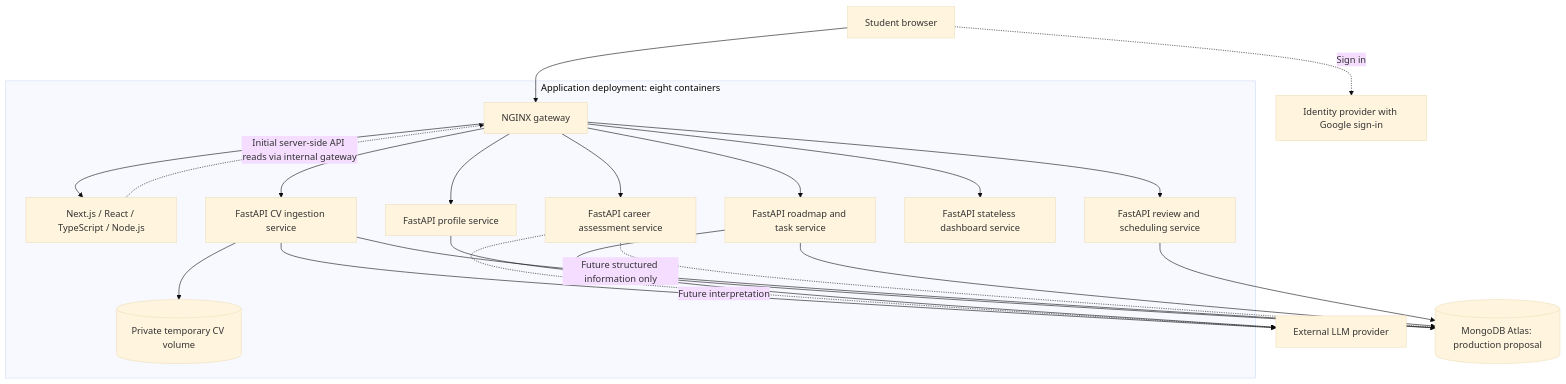
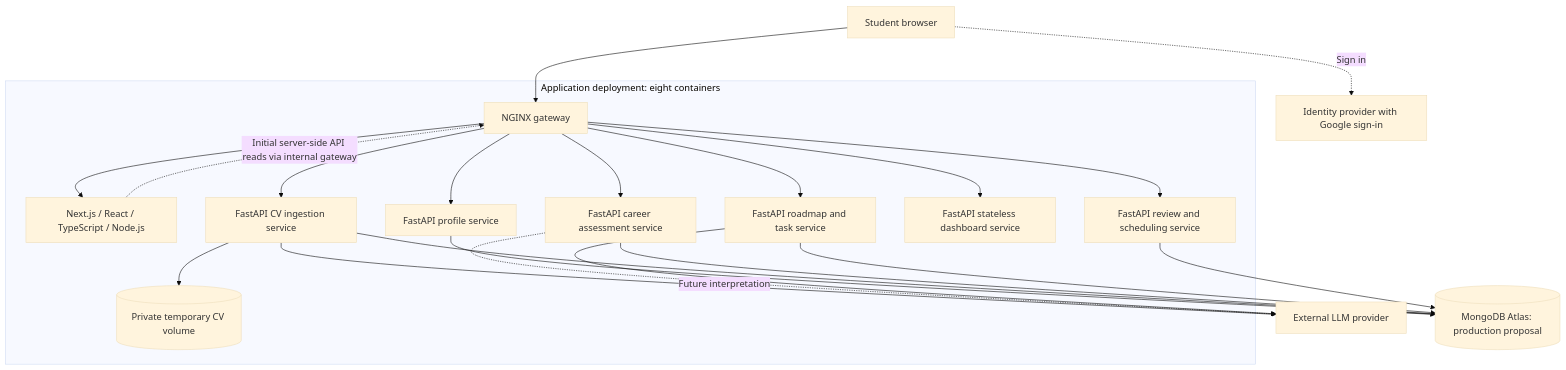
The diagram in docs/architecture/README.md (bryan034/coachify), drawn with Mermaid (base theme) before and after one commit. The commit also changed other lines of this file and 129 other files, not shown here.

````diff
--- a/docs/architecture/README.md
+++ b/docs/architecture/README.md
@@ -39,39 +48,39 @@
 ```mermaid
 flowchart TB
     Student[Student browser]
     Auth[Identity provider with Google sign-in]
     LLM[External LLM provider]
     Atlas[(MongoDB Atlas: production proposal)]
 
     subgraph Deployment[Application deployment: eight containers]
         Gateway[NGINX gateway]
         Frontend[Next.js / React / TypeScript / Node.js]
         Profile[FastAPI profile service]
         CV[FastAPI CV ingestion service]
         Career[FastAPI career assessment service]
         Roadmap[FastAPI roadmap and task service]
         Dashboard[FastAPI stateless dashboard service]
         Review[FastAPI review and scheduling service]
         Uploads[(Private temporary CV volume)]
         Gateway --> Frontend
         Gateway --> Profile
         Gateway --> CV
         Gateway --> Career
         Gateway --> Roadmap
         Gateway --> Dashboard
         Gateway --> Review
         CV --> Uploads
     end
 
     Student --> Gateway
     Student -. Sign in .-> Auth
     Frontend -. Initial server-side API reads via internal gateway .-> Gateway
     Profile --> Atlas
     CV --> Atlas
-    Career -. Future structured information only .-> Atlas
+    Career --> Atlas
     Roadmap --> Atlas
     Review --> Atlas
     CV --> LLM
     Career -. Future interpretation .-> LLM
     Roadmap --> LLM
 ```
````
